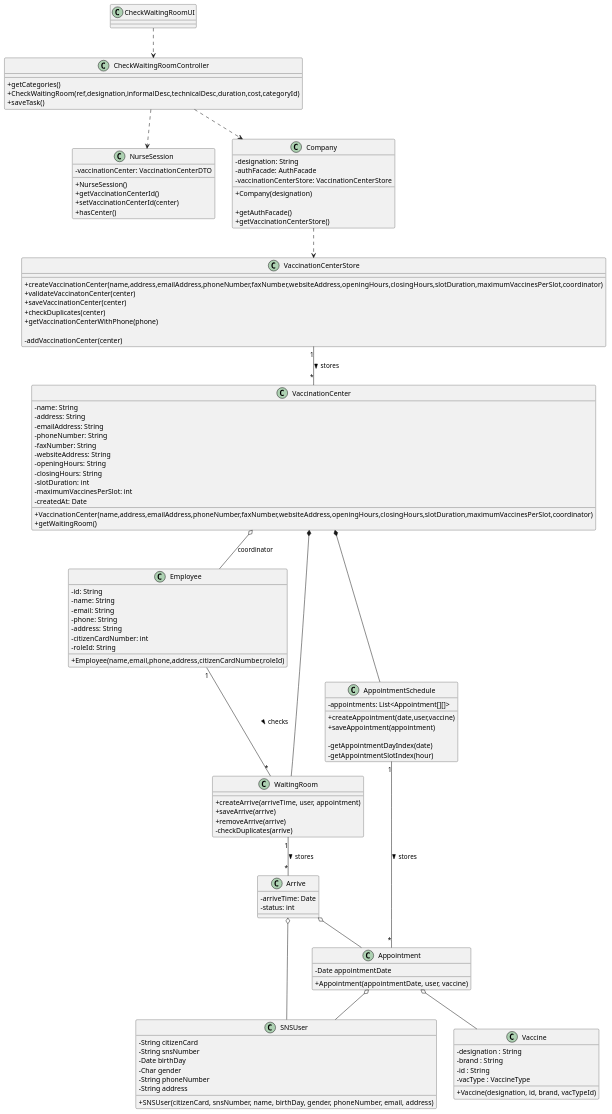
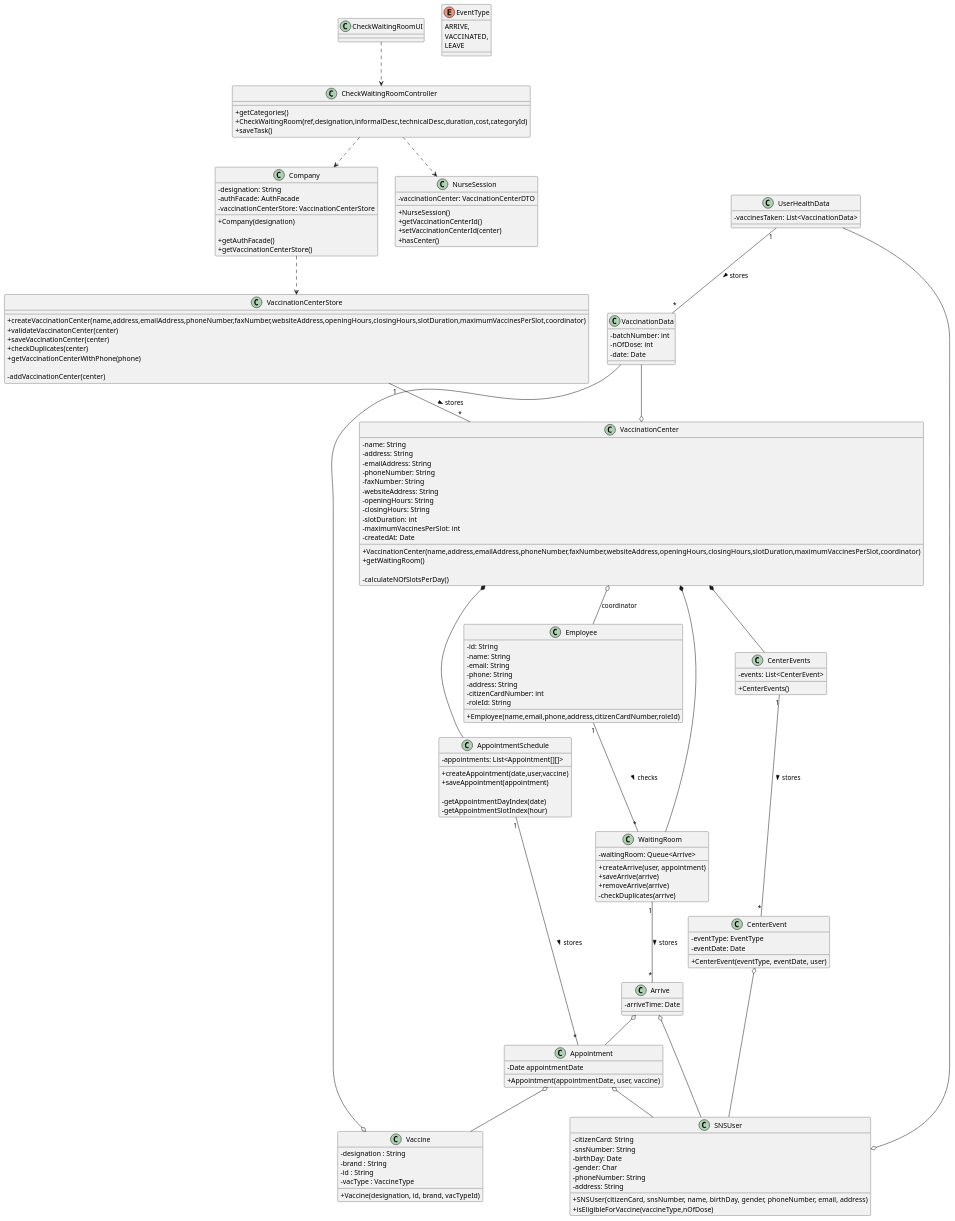
The diagram in docs/SprintC/US05/CD/US05_CD.puml (miseEnPlace-i/lapr2), drawn with PlantUML before and after one commit. The commit also changed 1 other file, not shown here.

```diff
--- a/docs/SprintC/US05/CD/US05_CD.puml
+++ b/docs/SprintC/US05/CD/US05_CD.puml
@@ -1,140 +1,185 @@
 @startuml
 skinparam classAttributeIconSize 0
 
 class Arrive {
   -arriveTime: Date
-  -status: int
 }
 
 class NurseSession {
   -vaccinationCenter: VaccinationCenterDTO
 
   + NurseSession()
   + getVaccinationCenterId()
   + setVaccinationCenterId(center)
   + hasCenter()
 }
 
 class Company {
   -designation: String
   -authFacade: AuthFacade
   -vaccinationCenterStore: VaccinationCenterStore
   
   +Company(designation)
 
   +getAuthFacade()
   +getVaccinationCenterStore()
 }
 
 class CheckWaitingRoomController {
   +getCategories()
   +CheckWaitingRoom(ref,designation,informalDesc,technicalDesc,duration,cost,categoryId)
   +saveTask()
 }
 
 class CheckWaitingRoomUI {}
 
 class VaccinationCenter {
   - name: String
   - address: String
   - emailAddress: String
   - phoneNumber: String
   - faxNumber: String
   - websiteAddress: String
   - openingHours: String
   - closingHours: String
   - slotDuration: int
   - maximumVaccinesPerSlot: int
   -createdAt: Date
   
   +VaccinationCenter(name,address,emailAddress,phoneNumber,faxNumber,websiteAddress,openingHours,closingHours,slotDuration,maximumVaccinesPerSlot,coordinator)
   +getWaitingRoom()
+
+  -calculateNOfSlotsPerDay()
 }
 
 class VaccinationCenterStore {
   +createVaccinationCenter(name,address,emailAddress,phoneNumber,faxNumber,websiteAddress,openingHours,closingHours,slotDuration,maximumVaccinesPerSlot,coordinator)
   +validateVaccinatonCenter(center)
   +saveVaccinationCenter(center)
   +checkDuplicates(center)
   +getVaccinationCenterWithPhone(phone)
 
   -addVaccinationCenter(center)
 }
 
 class Employee {
   -id: String 
   -name: String 
   -email: String 
   -phone: String 
   -address: String 
   -citizenCardNumber: int 
   -roleId: String 
 
   +Employee(name,email,phone,address,citizenCardNumber,roleId)
 }
 
 class SNSUser {
-  - String citizenCard
-  - String snsNumber
-  - Date birthDay
-  - Char gender
-  - String phoneNumber
-  - String address
+  - citizenCard: String
+  - snsNumber: String
+  - birthDay: Date
+  - gender: Char
+  - phoneNumber: String
+  - address: String
+
   + SNSUser(citizenCard, snsNumber, name, birthDay, gender, phoneNumber, email, address)
+  + isEligibleForVaccine(vaccineType,nOfDose)
+}
+
+class UserHealthData {
+  - vaccinesTaken: List<VaccinationData>
+}
+
+class VaccinationData {
+  - batchNumber: int
+  - nOfDose: int
+  - date: Date
 }
 
 class WaitingRoom {
-  +createArrive(arriveTime, user, appointment)
+  - waitingRoom: Queue<Arrive>
+
+  +createArrive(user, appointment)
   +saveArrive(arrive)
   +removeArrive(arrive)
   -checkDuplicates(arrive)
+}
+
+class CenterEvents {
+  - events: List<CenterEvent>
+
+  +CenterEvents()
+}
+
+enum EventType {
+  ARRIVE,
+  VACCINATED,
+  LEAVE
+}
+
+class CenterEvent {
+  - eventType: EventType
+  - eventDate: Date
+
+  +CenterEvent(eventType, eventDate, user)
 }
 
 class AppointmentSchedule {
   -appointments: List<Appointment[][]>
   +createAppointment(date,user,vaccine)
   +saveAppointment(appointment)
 
   -getAppointmentDayIndex(date)
   -getAppointmentSlotIndex(hour)
 }
 
 class Appointment {
   -Date appointmentDate
 
   +Appointment(appointmentDate, user, vaccine)
 }
 
 class Vaccine{
   -designation : String
   -brand : String
   -id : String
   -vacType : VaccineType
 
   +Vaccine(designation, id, brand, vacTypeId)
 }
 
 CheckWaitingRoomUI ..> CheckWaitingRoomController
 CheckWaitingRoomController ..> Company
 
+UserHealthData "1" -- "*" VaccinationData : stores >
+
+VaccinationData --o Vaccine
+VaccinationData --o VaccinationCenter
+
 Arrive o-- SNSUser
 Arrive o-- Appointment
 Appointment o-- SNSUser
+
+UserHealthData  --o SNSUser
 
 VaccinationCenter o-- Employee : coordinator
 VaccinationCenterStore "1" -- "*" VaccinationCenter : stores >
 
 Company ..> VaccinationCenterStore
 
 WaitingRoom "1" -- "*" Arrive : stores >
 
 Employee "1" -- "*" WaitingRoom : checks >
 VaccinationCenter *-- WaitingRoom
+VaccinationCenter *-- CenterEvents
 
+CenterEvents "1" -- "*" CenterEvent : stores >
+
+CenterEvent o-- SNSUser
 CheckWaitingRoomController ..> NurseSession
 
 AppointmentSchedule "1" -- "*" Appointment : stores >
 VaccinationCenter *-- AppointmentSchedule
 Appointment o-- Vaccine
 
 @enduml
```
